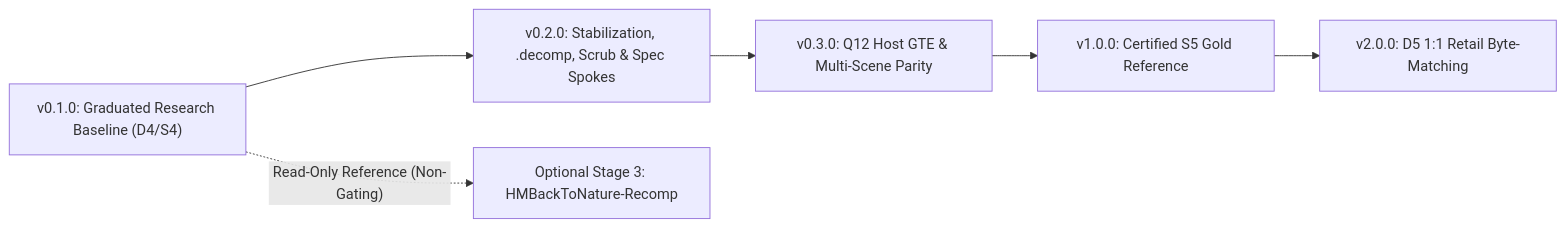
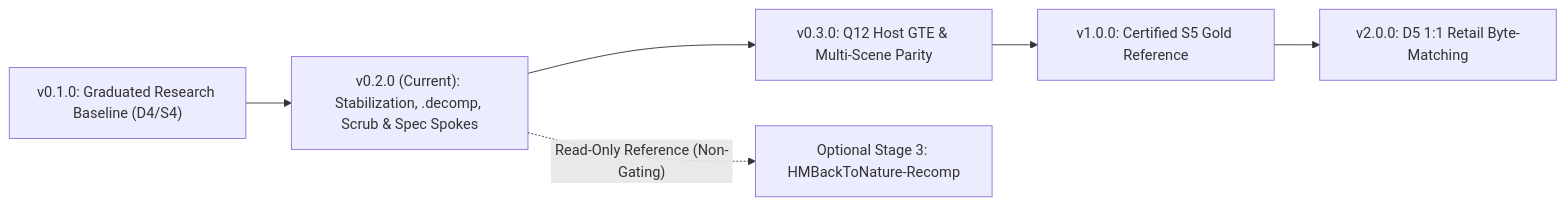
The diagram in ROADMAP.md (StreamResearch/HarvestMoonBackToNature-PlayStation), drawn with Mermaid before and after one commit. The commit also changed other lines of this file and 8 other files, not shown here.

Commit message:
chore(release): prepare clean-room v0.2.0 baseline ahead of history scrub

````diff
--- a/ROADMAP.md
+++ b/ROADMAP.md
@@ -15,8 +15,8 @@
 ```mermaid
 flowchart LR
-    V010["v0.1.0: Graduated Research Baseline (D4/S4)"] --> V020["v0.2.0: Stabilization, .decomp, Scrub & Spec Spokes"]
+    V010["v0.1.0: Graduated Research Baseline (D4/S4)"] --> V020["v0.2.0 (Current): Stabilization, .decomp, Scrub & Spec Spokes"]
     V020 --> V030["v0.3.0: Q12 Host GTE & Multi-Scene Parity"]
     V030 --> V100["v1.0.0: Certified S5 Gold Reference"]
     V100 --> V200["v2.0.0: D5 1:1 Retail Byte-Matching"]
-    V010 -. "Read-Only Reference (Non-Gating)" .-> OptR["Optional Stage 3: HMBackToNature-Recomp"]
+    V020 -. "Read-Only Reference (Non-Gating)" .-> OptR["Optional Stage 3: HMBackToNature-Recomp"]
 ```
````
